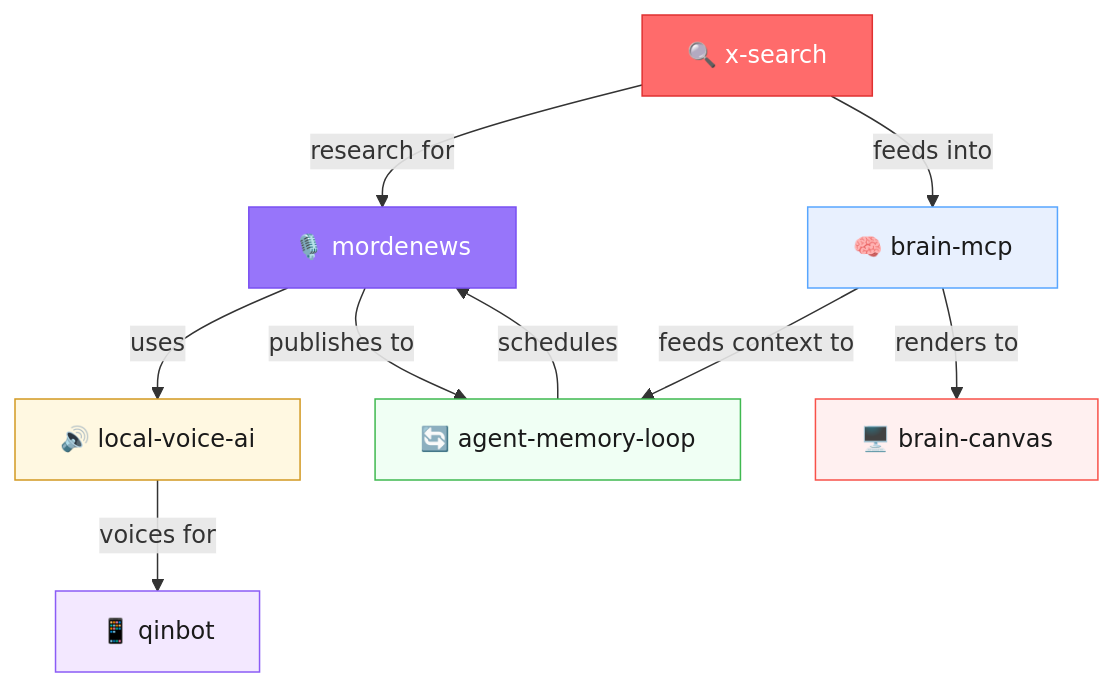
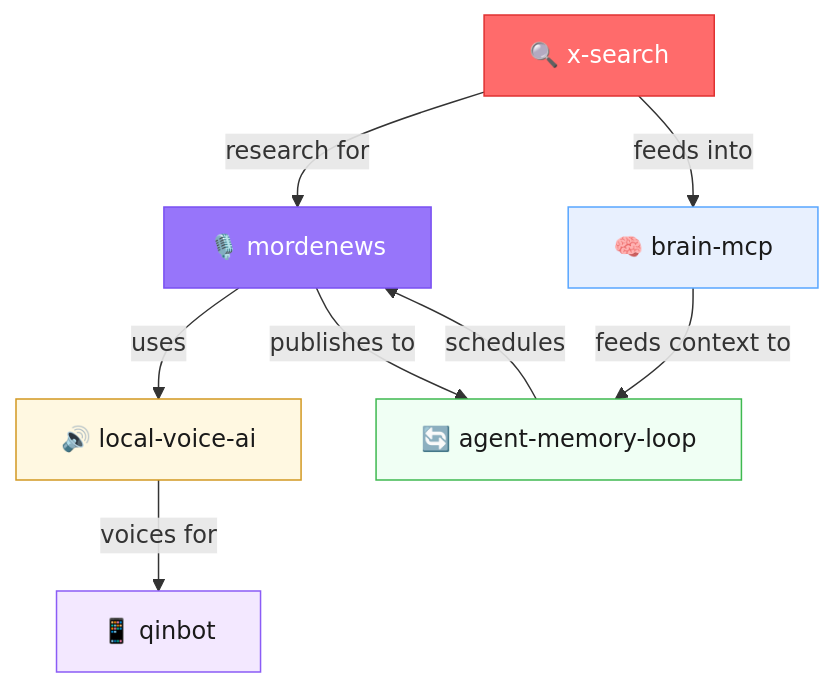
The diagram in README.md (mordechaipotash/x-search), drawn with Mermaid before and after one commit. The commit also changed other lines of this file, not shown here.

Commit message:
cleanup: remove brain-canvas references

````diff
--- a/README.md
+++ b/README.md
@@ -215,19 +215,17 @@
 ```mermaid
 graph TD
     XS[🔍 x-search] -->|research for| MN[🎙️ mordenews]
     XS -->|feeds into| BM[🧠 brain-mcp]
     MN -->|uses| LV[🔊 local-voice-ai]
     MN -->|publishes to| AML[🔄 agent-memory-loop]
     BM -->|feeds context to| AML
     AML -->|schedules| MN
     LV -->|voices for| QB[📱 qinbot]
-    BM -->|renders to| BC[🖥️ brain-canvas]
 
     style XS fill:#ff6b6b,stroke:#e03131,color:#fff
     style MN fill:#9775fa,stroke:#7950f2,color:#fff
     style BM fill:#e8f0fe,stroke:#58a6ff,color:#1a1a1a
     style LV fill:#fff8e1,stroke:#d29922,color:#1a1a1a
     style AML fill:#f0fff4,stroke:#3fb950,color:#1a1a1a
     style QB fill:#f3e8ff,stroke:#8b5cf6,color:#1a1a1a
-    style BC fill:#fff0f0,stroke:#f85149,color:#1a1a1a
 ```
````
